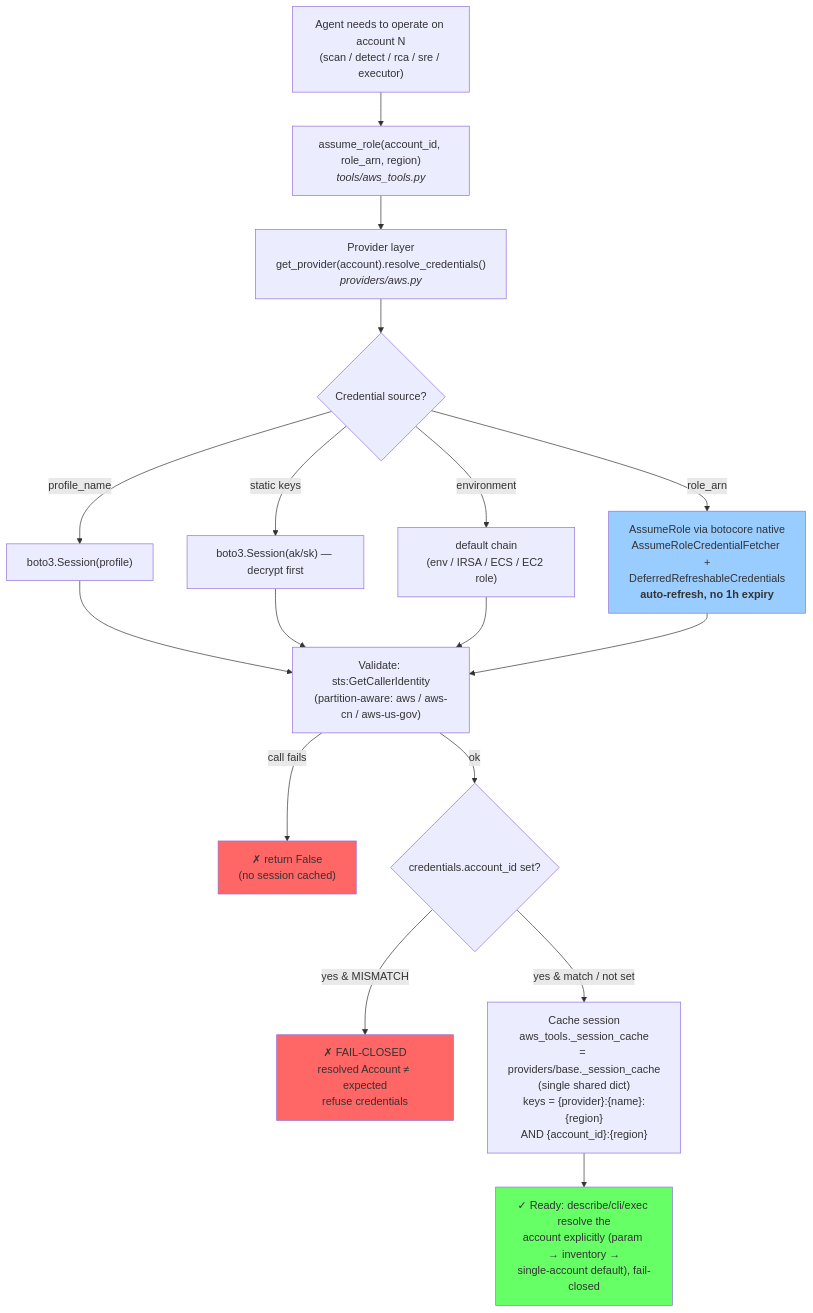
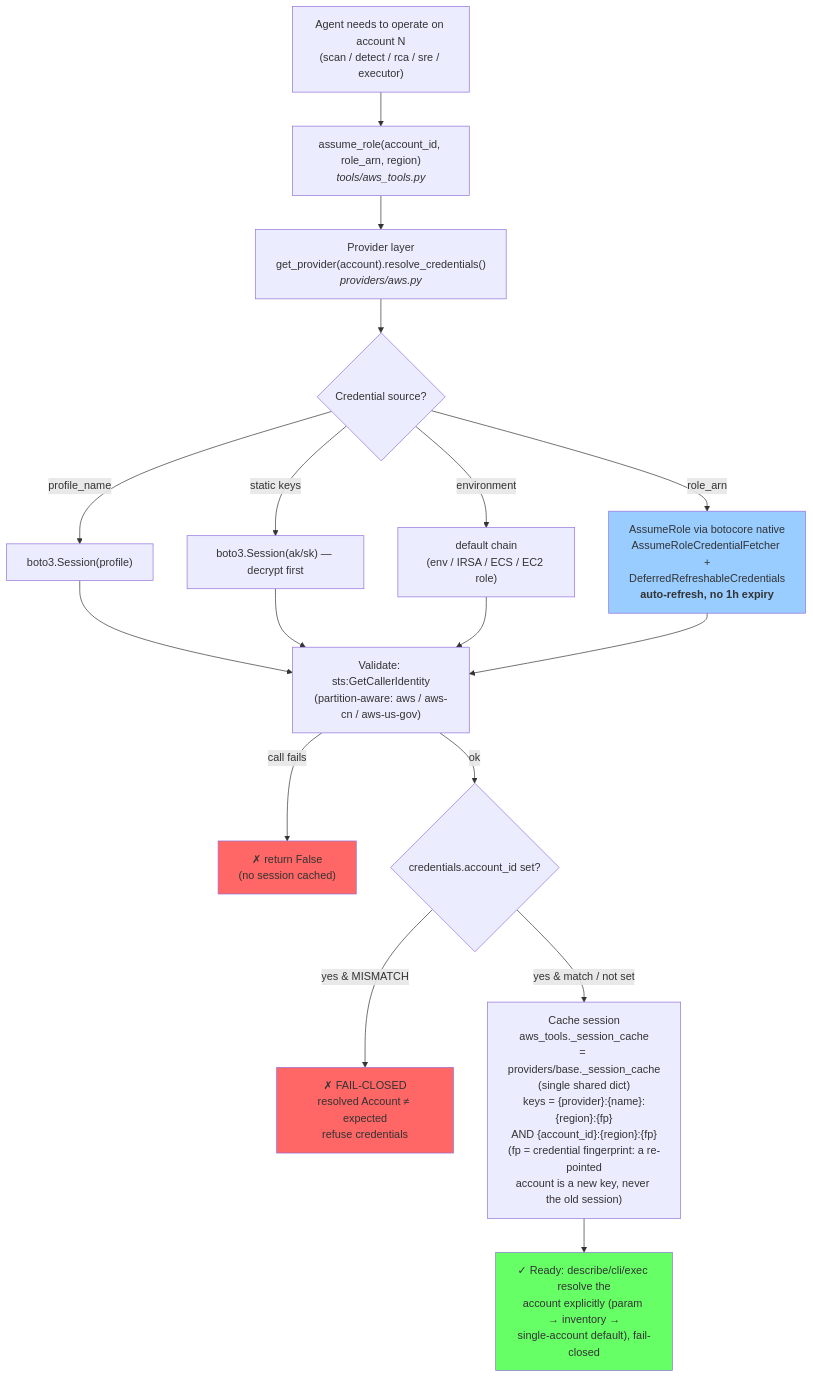
Before and after one commit to LiboMa/agenticops-chat: the second of 20 diagrams in docs/WORKFLOW.md, drawn with Mermaid. The commit also changed 12 other files, not shown here.

````diff
--- a/docs/WORKFLOW.md
+++ b/docs/WORKFLOW.md
@@ -134,30 +134,30 @@
 ```mermaid
 flowchart TD
     START["Agent needs to operate on account N<br/>(scan / detect / rca / sre / executor)"] --> ASSUME["assume_role(account_id, role_arn, region)<br/><i>tools/aws_tools.py</i>"]
 
     ASSUME --> PROV["Provider layer<br/>get_provider(account).resolve_credentials()<br/><i>providers/aws.py</i>"]
 
     PROV --> SRC{"Credential source?"}
     SRC -->|"profile_name"| BASE["boto3.Session(profile)"]
     SRC -->|"static keys"| BASE2["boto3.Session(ak/sk) — decrypt first"]
     SRC -->|"environment"| BASE3["default chain<br/>(env / IRSA / ECS / EC2 role)"]
     SRC -->|"role_arn"| REFRESH["AssumeRole via botocore native<br/>AssumeRoleCredentialFetcher +<br/>DeferredRefreshableCredentials<br/><b>auto-refresh, no 1h expiry</b>"]
 
     BASE --> VALID
     BASE2 --> VALID
     BASE3 --> VALID
     REFRESH --> VALID["Validate: sts:GetCallerIdentity<br/>(partition-aware: aws / aws-cn / aws-us-gov)"]
 
     VALID -->|"call fails"| FAILV["✗ return False<br/>(no session cached)"]
     VALID -->|"ok"| IDCHECK{"credentials.account_id set?"}
 
     IDCHECK -->|"yes & MISMATCH"| FAILID["✗ FAIL-CLOSED<br/>resolved Account ≠ expected<br/>refuse credentials"]
-    IDCHECK -->|"yes & match / not set"| CACHE["Cache session<br/>aws_tools._session_cache<br/>= providers/base._session_cache<br/>(single shared dict)<br/>keys = {provider}:{name}:{region}<br/>AND {account_id}:{region}"]
+    IDCHECK -->|"yes & match / not set"| CACHE["Cache session<br/>aws_tools._session_cache<br/>= providers/base._session_cache<br/>(single shared dict)<br/>keys = {provider}:{name}:{region}:{fp}<br/>AND {account_id}:{region}:{fp}<br/>(fp = credential fingerprint: a re-pointed<br/>account is a new key, never the old session)"]
 
     CACHE --> READY["✓ Ready: describe/cli/exec resolve the<br/>account explicitly (param → inventory →<br/>single-account default), fail-closed"]
 
     style FAILV fill:#f66
     style FAILID fill:#f66
     style READY fill:#6f6
     style REFRESH fill:#9cf
 ```
````
